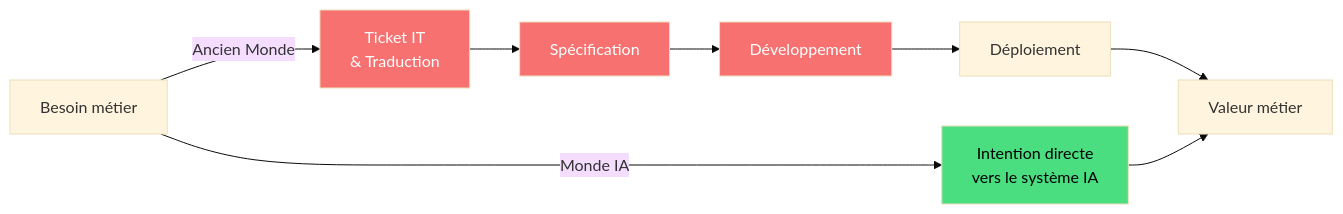
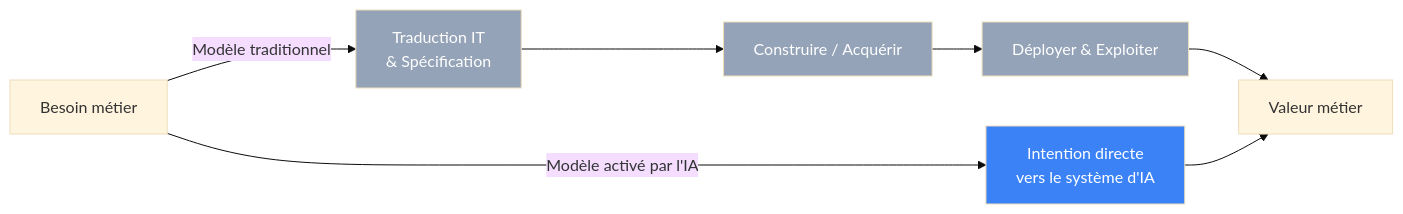
Before and after one commit to fps4/web-faridgurbanov: the first of 4 diagrams in src/content/fr/blog/it-org-ai-transformation.md, drawn with Mermaid (base theme). The commit also changed other lines of this file and 13 other files, not shown here.

````diff
--- a/src/content/fr/blog/it-org-ai-transformation.md
+++ b/src/content/fr/blog/it-org-ai-transformation.md
@@ -17,16 +20,15 @@
 ```mermaid
 flowchart LR
-    A["Besoin métier"] -->|"Ancien Monde"| B["Ticket IT\n& Traduction"]
-    B --> C["Spécification"]
-    C --> D["Développement"]
-    D --> E["Déploiement"]
-    E --> F["Valeur métier"]
+    A["Besoin métier"] -->|"Modèle traditionnel"| B["Traduction IT\n& Spécification"]
+    B --> C["Construire / Acquérir"]
+    C --> D["Déployer & Exploiter"]
+    D --> E["Valeur métier"]
 
-    A -->|"Monde IA"| G["Intention directe\nvers le système IA"]
-    G --> F
+    A -->|"Modèle activé par l'IA"| F["Intention directe\nvers le système d'IA"]
+    F --> E
 
-    style B fill:#f87171,color:#fff
-    style C fill:#f87171,color:#fff
-    style D fill:#f87171,color:#fff
-    style G fill:#4ade80,color:#000
+    style B fill:#94a3b8,color:#fff
+    style C fill:#94a3b8,color:#fff
+    style D fill:#94a3b8,color:#fff
+    style F fill:#3b82f6,color:#fff
 ```
````
